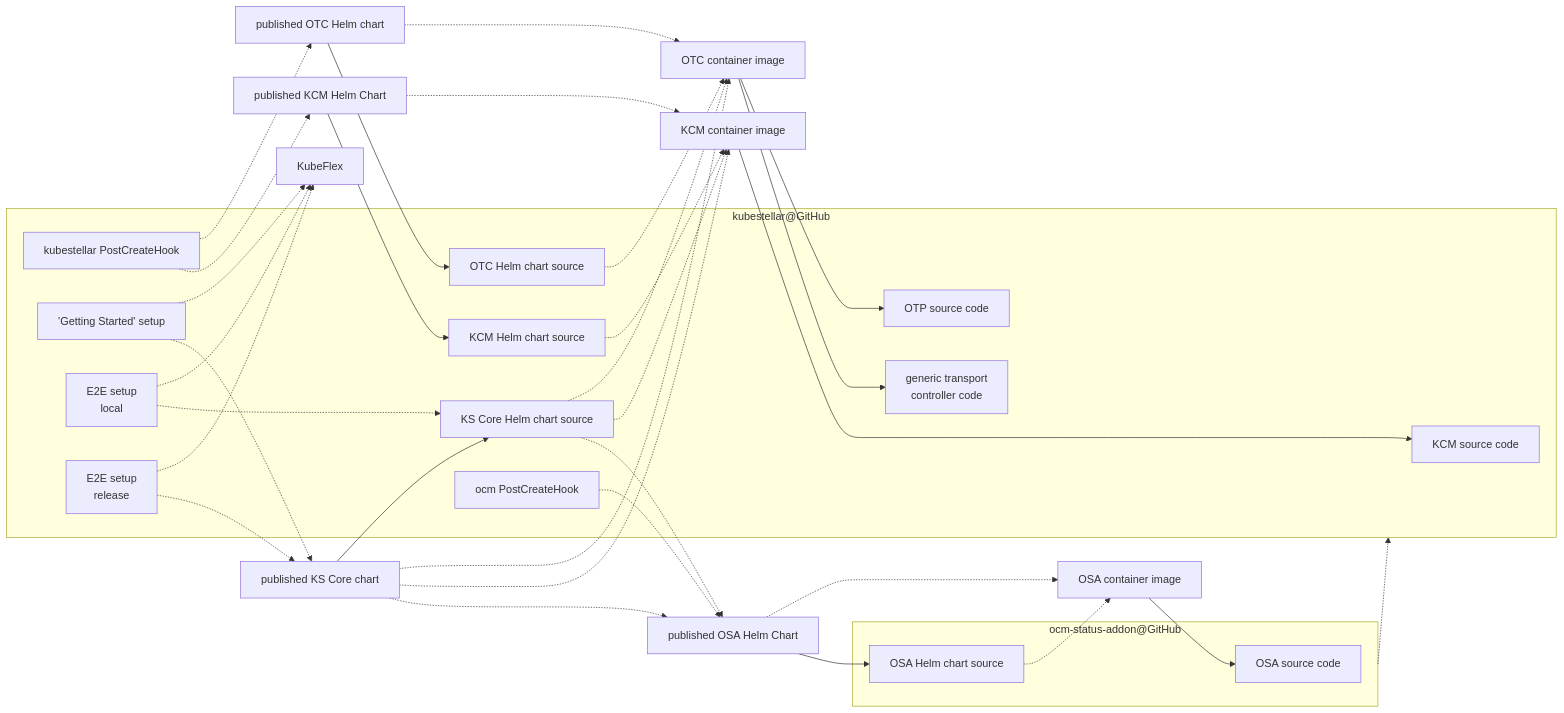
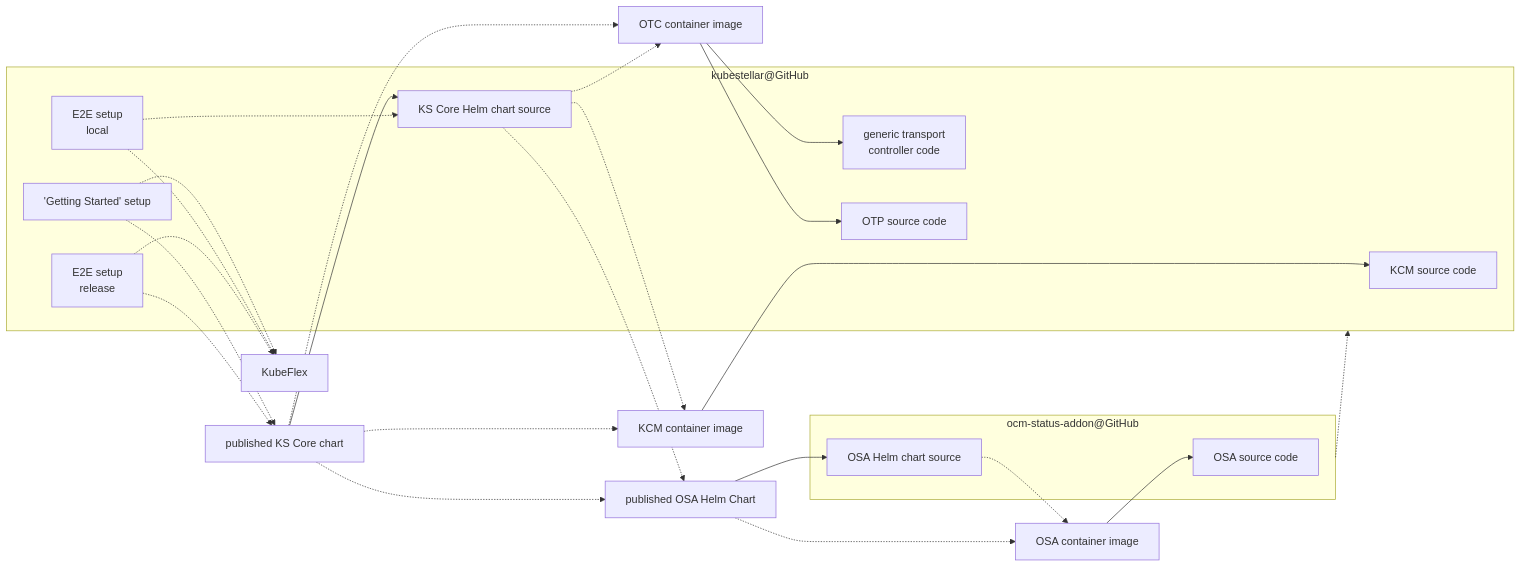
One commit to kubestellar/kubestellar changed the fifth of 5 diagrams in docs/content/direct/packaging.md. Above: the diagram before and after it, drawn with Mermaid. The commit also changed other lines of this file and 3 other files, not shown here.

Commit message:
Delete unused PCHs, undoc unused Helm charts

````diff
--- a/docs/content/direct/packaging.md
+++ b/docs/content/direct/packaging.md
@@ -350,51 +298,38 @@
 ```mermaid
 flowchart LR
     subgraph osa_repo["ocm-status-addon@GitHub"]
     osa_code[OSA source code]
     osa_hc_src[OSA Helm chart source]
     end
     osa_ctr_image[OSA container image] --> osa_code
     osa_hc_repo[published OSA Helm Chart] --> osa_hc_src
     osa_hc_src -.-> osa_ctr_image
     osa_hc_repo -.-> osa_ctr_image
     subgraph ks_repo["kubestellar@GitHub"]
     kcm_code[KCM source code]
     gtc_code["generic transport<br>controller code"]
     otp_code[OTP source code]
-    kcm_hc_src[KCM Helm chart source]
-    otc_hc_src[OTC Helm chart source]
     ksc_hc_src[KS Core Helm chart source]
-    ks_pch[kubestellar PostCreateHook]
-    ocm_pch["ocm PostCreateHook"]
     setup_ksc["'Getting Started' setup"]
     e2e_local["E2E setup<br>local"]
     e2e_release["E2E setup<br>release"]
     end
     osa_repo -.-> ks_repo
-    ocm_pch -.-> osa_hc_repo
     kcm_ctr_image[KCM container image] --> kcm_code
-    kcm_hc_repo[published KCM Helm Chart] --> kcm_hc_src
-    kcm_hc_src -.-> kcm_ctr_image
-    kcm_hc_repo -.-> kcm_ctr_image
-    ks_pch -.-> kcm_hc_repo
-    ks_pch -.-> otc_hc_repo[published OTC Helm chart]
     otc_ctr_image[OTC container image]
     otc_ctr_image --> gtc_code
     otc_ctr_image --> otp_code
-    otc_hc_src -.-> otc_ctr_image
-    otc_hc_repo --> otc_hc_src
-    otc_hc_repo -.-> otc_ctr_image
     ksc_hc_repo[published KS Core chart] --> ksc_hc_src
     ksc_hc_src -.-> osa_hc_repo
     ksc_hc_src -.-> kcm_ctr_image
     ksc_hc_src -.-> otc_ctr_image
     ksc_hc_repo -.-> osa_hc_repo
     ksc_hc_repo -.-> kcm_ctr_image
     ksc_hc_repo -.-> otc_ctr_image
     setup_ksc -.-> ksc_hc_repo
     setup_ksc -.-> KubeFlex
     e2e_local -.-> ksc_hc_src
     e2e_local -.-> KubeFlex
     e2e_release -.-> ksc_hc_repo
     e2e_release -.-> KubeFlex
 ```
````
